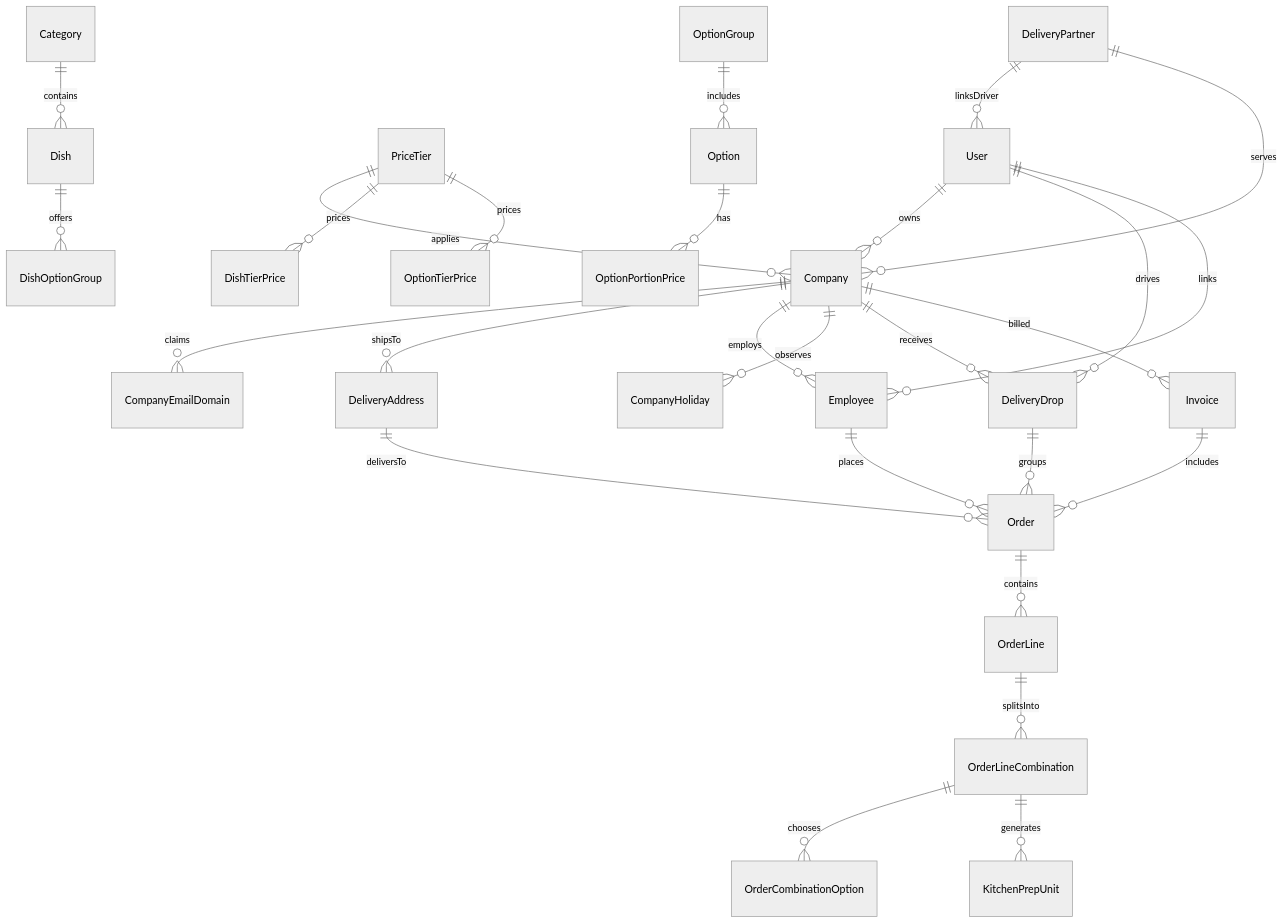
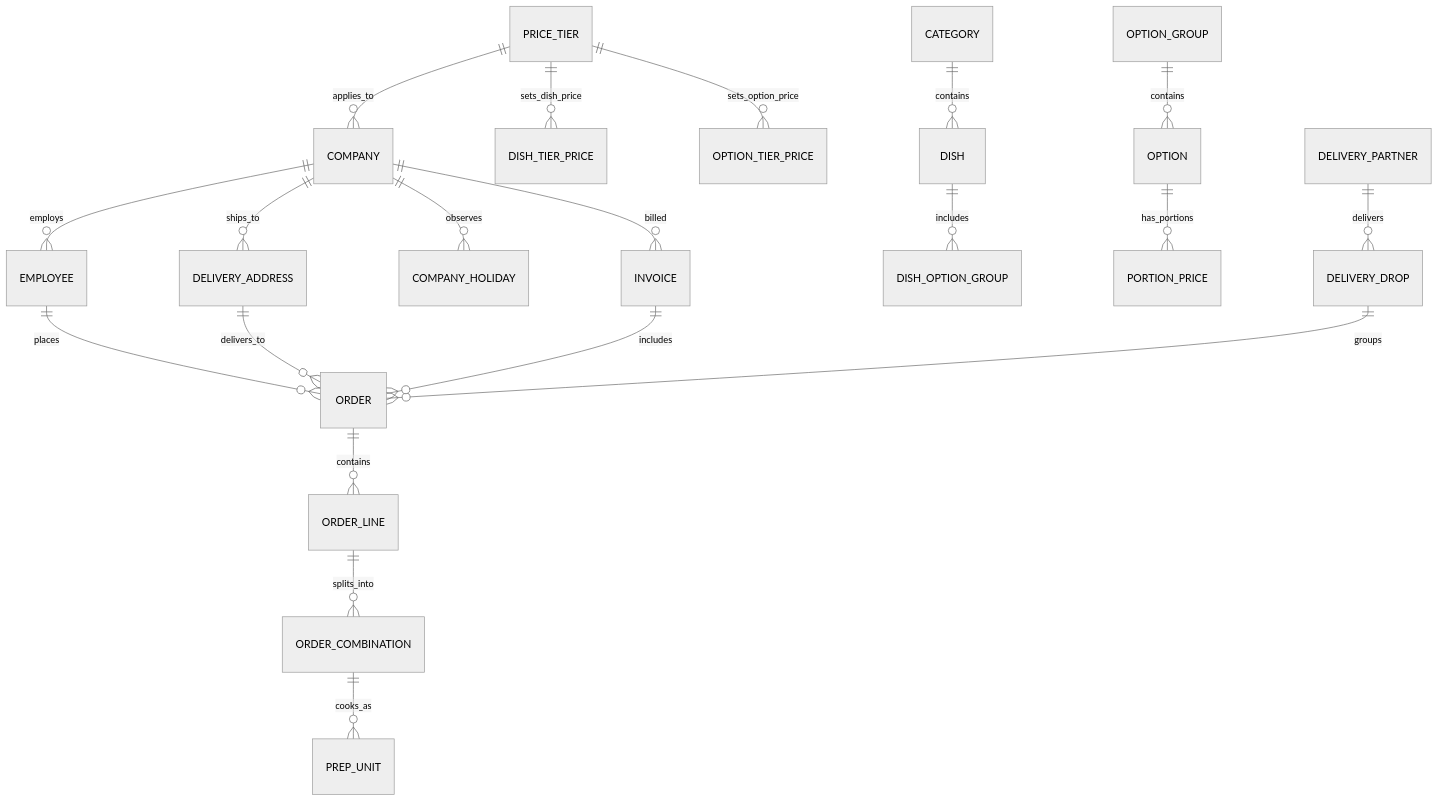
The second of 2 diagrams in README.md (neel040205-np/fernleaf-kitchen-ops), drawn with Mermaid (neutral theme) before and after one commit. The commit also changed other lines of this file and 1 other file, not shown here.

Commit message:
docs: fix Mermaid ERD & monorepo architecture diagrams, update Render API link, and add comprehensive feature explanations

````diff
--- a/README.md
+++ b/README.md
@@ -107,29 +107,22 @@
 ```mermaid
 erDiagram
-    User ||--o{ Company : "owns"
-    User ||--o{ DeliveryDrop : "drives"
-    User ||--o{ Employee : "links"
-    Company ||--o{ CompanyEmailDomain : "claims"
-    Company ||--o{ DeliveryAddress : "shipsTo"
-    Company ||--o{ Employee : "employs"
-    Company ||--o{ CompanyHoliday : "observes"
-    Company ||--o{ DeliveryDrop : "receives"
-    Company ||--o{ Invoice : "billed"
-    PriceTier ||--o{ Company : "applies"
-    PriceTier ||--o{ DishTierPrice : "prices"
-    PriceTier ||--o{ OptionTierPrice : "prices"
-    Category ||--o{ Dish : "contains"
-    Dish ||--o{ DishOptionGroup : "offers"
-    OptionGroup ||--o{ Option : "includes"
-    Option ||--o{ OptionPortionPrice : "has"
-    Employee ||--o{ Order : "places"
-    DeliveryAddress ||--o{ Order : "deliversTo"
-    Order ||--o{ OrderLine : "contains"
-    OrderLine ||--o{ OrderLineCombination : "splitsInto"
-    OrderLineCombination ||--o{ OrderCombinationOption : "chooses"
-    OrderLineCombination ||--o{ KitchenPrepUnit : "generates"
-    DeliveryDrop ||--o{ Order : "groups"
-    Invoice ||--o{ Order : "includes"
-    DeliveryPartner ||--o{ User : "linksDriver"
-    DeliveryPartner ||--o{ Company : "serves"
+    COMPANY ||--o{ EMPLOYEE : employs
+    COMPANY ||--o{ DELIVERY_ADDRESS : ships_to
+    COMPANY ||--o{ COMPANY_HOLIDAY : observes
+    COMPANY ||--o{ INVOICE : billed
+    PRICE_TIER ||--o{ COMPANY : applies_to
+    PRICE_TIER ||--o{ DISH_TIER_PRICE : sets_dish_price
+    PRICE_TIER ||--o{ OPTION_TIER_PRICE : sets_option_price
+    CATEGORY ||--o{ DISH : contains
+    DISH ||--o{ DISH_OPTION_GROUP : includes
+    OPTION_GROUP ||--o{ OPTION : contains
+    OPTION ||--o{ PORTION_PRICE : has_portions
+    EMPLOYEE ||--o{ ORDER : places
+    DELIVERY_ADDRESS ||--o{ ORDER : delivers_to
+    ORDER ||--o{ ORDER_LINE : contains
+    ORDER_LINE ||--o{ ORDER_COMBINATION : splits_into
+    ORDER_COMBINATION ||--o{ PREP_UNIT : cooks_as
+    DELIVERY_DROP ||--o{ ORDER : groups
+    DELIVERY_PARTNER ||--o{ DELIVERY_DROP : delivers
+    INVOICE ||--o{ ORDER : includes
 ```
````
